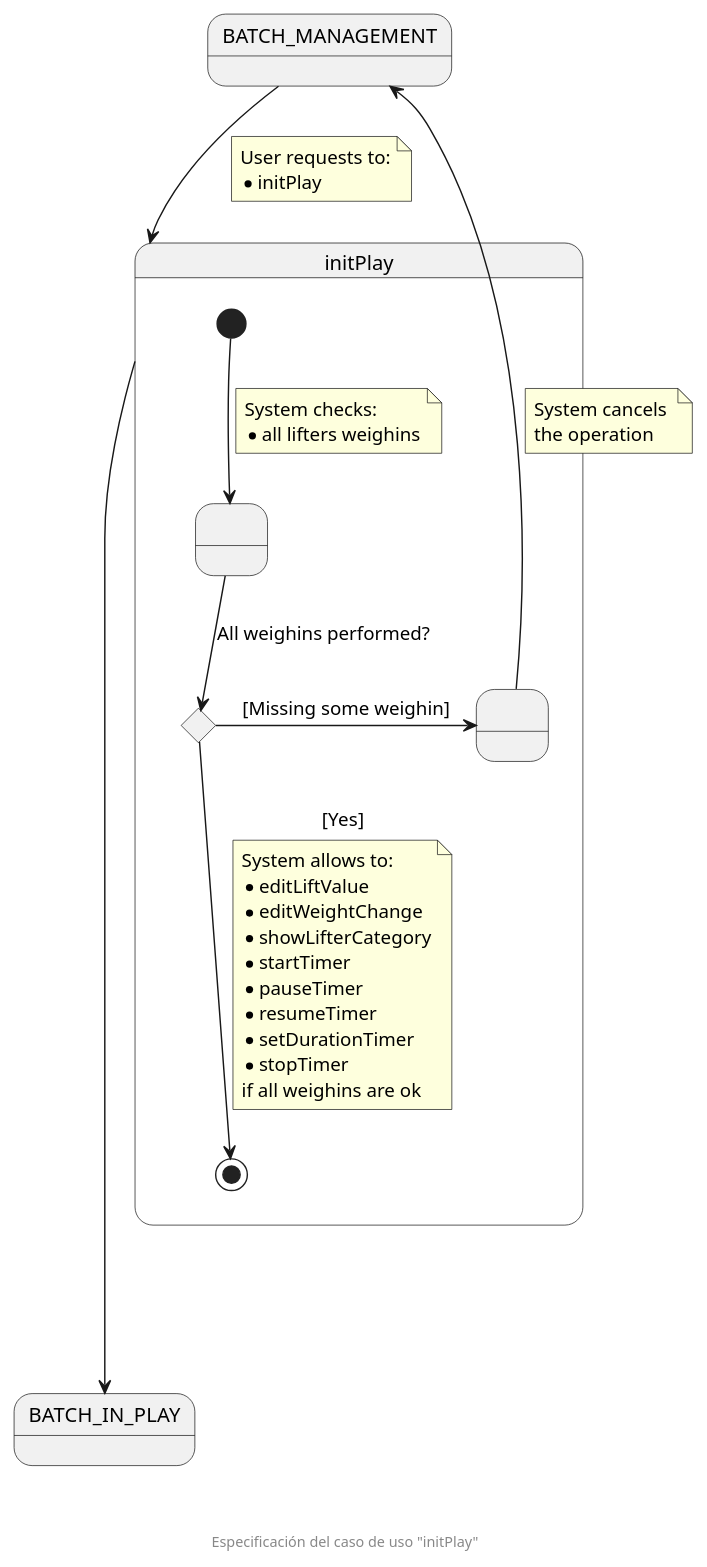
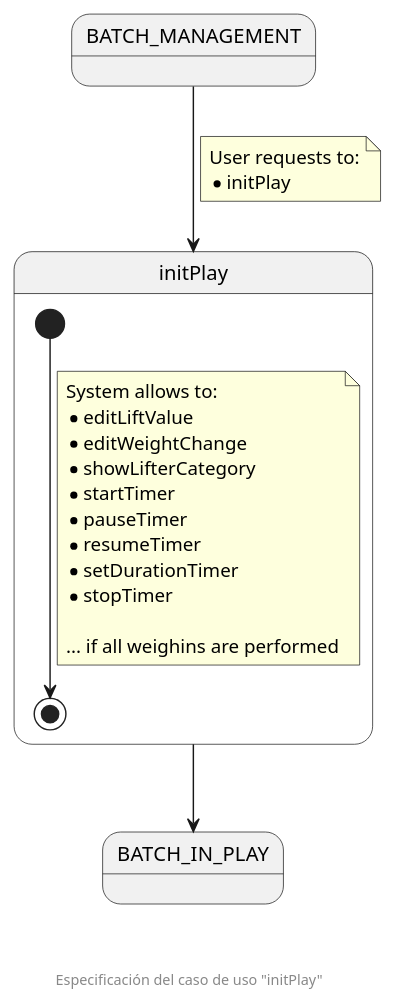
The diagram in documentation/diagrams/1_requirements/3_useCasesSpecification/competitionSecretary/02_initPlay.puml (zuldare/mastercloud_pfm_halterocms), drawn with PlantUML before and after one commit. The commit also changed 1 other file, not shown here.

Commit message:
Improve diagrams through Luis review meeting

```diff
--- a/documentation/diagrams/1_requirements/3_useCasesSpecification/competitionSecretary/02_initPlay.puml
+++ b/documentation/diagrams/1_requirements/3_useCasesSpecification/competitionSecretary/02_initPlay.puml
@@ -1,50 +1,32 @@
 @startuml
 state BATCH_MANAGEMENT
 state BATCH_IN_PLAY
 state initPlay {
-  state " " as WEIGHINS_CHECKED
-  state allWeighinsPerformedCHC <<choice>>
-  state " " as MISSING_WEIGHINS
 
-  [*] --> WEIGHINS_CHECKED
-  note on link
-    System checks:
-    * all lifters weighins
-  end note
-  
-  WEIGHINS_CHECKED --> allWeighinsPerformedCHC : All weighins performed?
-
-  allWeighinsPerformedCHC -right-> MISSING_WEIGHINS : [Missing some weighin]
-
-  MISSING_WEIGHINS -up-> BATCH_MANAGEMENT
-  note on link
-    System cancels 
-    the operation
-  end note
-
-  allWeighinsPerformedCHC --> [*]: [Yes]
+  [*] --> [*]
   note on link
     System allows to:
     * editLiftValue
     * editWeightChange
     * showLifterCategory
     * startTimer
     * pauseTimer
     * resumeTimer
     * setDurationTimer
     * stopTimer
-    if all weighins are ok
+
+    ... if all weighins are performed
   end note
 
 }
 
 BATCH_MANAGEMENT --> initPlay
 note on link
   User requests to:
   * initPlay
 end note
 
-initPlay -down-----> BATCH_IN_PLAY
+initPlay --> BATCH_IN_PLAY
 
 footer \n\n\n Especificación del caso de uso "initPlay"
 @enduml
```
